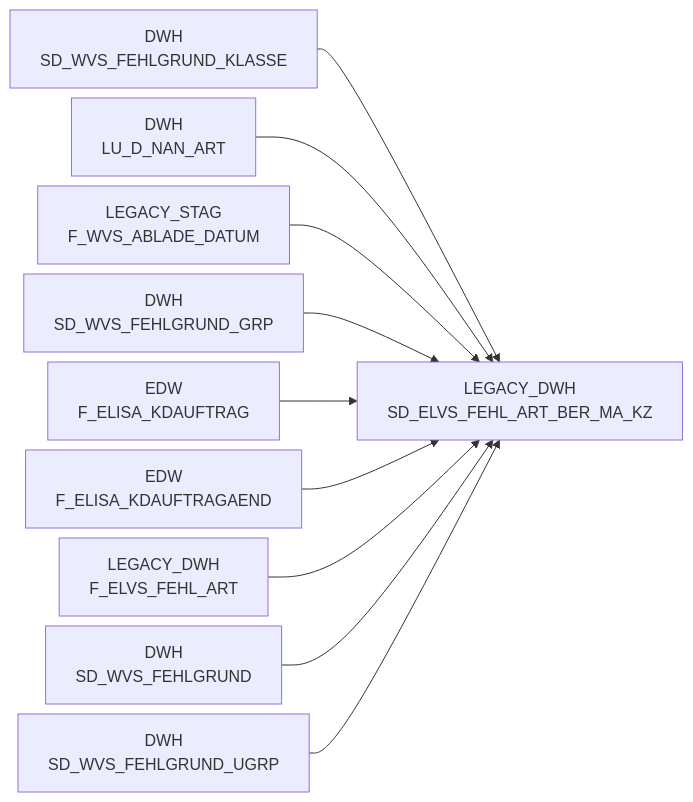
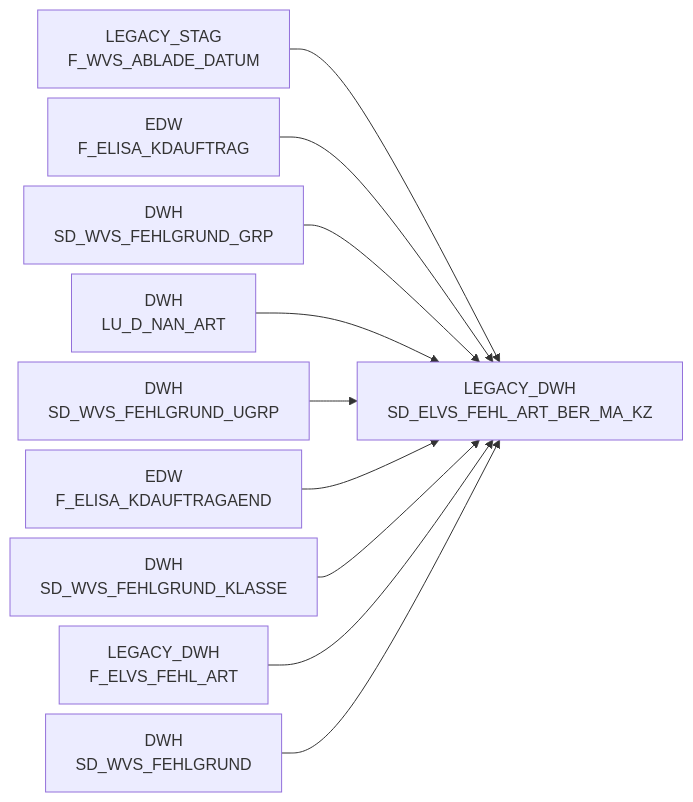
Before and after one commit to integration-factory-de/sas_code_docs: the diagram in docs/Tables/LEGACY_DWH/SD_ELVS_FEHL_ART_BER_MA_KZ.md, drawn with Mermaid. The commit also changed other lines of this file and 129 other files, not shown here.

````diff
--- a/docs/Tables/LEGACY_DWH/SD_ELVS_FEHL_ART_BER_MA_KZ.md
+++ b/docs/Tables/LEGACY_DWH/SD_ELVS_FEHL_ART_BER_MA_KZ.md
@@ -9,33 +9,33 @@
 ```mermaid
 %%{init: {'flowchart': { 'nodeSpacing': 10, 'rankSpacing': 40, 'rankdir': 'TB' }}}%%
 
 flowchart LR
 
+  LEGACY_STAG.F_WVS_ABLADE_DATUM["LEGACY_STAG<br/>F_WVS_ABLADE_DATUM"] --> LEGACY_DWH.SD_ELVS_FEHL_ART_BER_MA_KZ["LEGACY_DWH<br/>SD_ELVS_FEHL_ART_BER_MA_KZ"]
+  EDW.F_ELISA_KDAUFTRAG["EDW<br/>F_ELISA_KDAUFTRAG"] --> LEGACY_DWH.SD_ELVS_FEHL_ART_BER_MA_KZ["LEGACY_DWH<br/>SD_ELVS_FEHL_ART_BER_MA_KZ"]
+  DWH.SD_WVS_FEHLGRUND_GRP["DWH<br/>SD_WVS_FEHLGRUND_GRP"] --> LEGACY_DWH.SD_ELVS_FEHL_ART_BER_MA_KZ["LEGACY_DWH<br/>SD_ELVS_FEHL_ART_BER_MA_KZ"]
+  DWH.LU_D_NAN_ART["DWH<br/>LU_D_NAN_ART"] --> LEGACY_DWH.SD_ELVS_FEHL_ART_BER_MA_KZ["LEGACY_DWH<br/>SD_ELVS_FEHL_ART_BER_MA_KZ"]
+  DWH.SD_WVS_FEHLGRUND_UGRP["DWH<br/>SD_WVS_FEHLGRUND_UGRP"] --> LEGACY_DWH.SD_ELVS_FEHL_ART_BER_MA_KZ["LEGACY_DWH<br/>SD_ELVS_FEHL_ART_BER_MA_KZ"]
+  EDW.F_ELISA_KDAUFTRAGAEND["EDW<br/>F_ELISA_KDAUFTRAGAEND"] --> LEGACY_DWH.SD_ELVS_FEHL_ART_BER_MA_KZ["LEGACY_DWH<br/>SD_ELVS_FEHL_ART_BER_MA_KZ"]
   DWH.SD_WVS_FEHLGRUND_KLASSE["DWH<br/>SD_WVS_FEHLGRUND_KLASSE"] --> LEGACY_DWH.SD_ELVS_FEHL_ART_BER_MA_KZ["LEGACY_DWH<br/>SD_ELVS_FEHL_ART_BER_MA_KZ"]
-  DWH.LU_D_NAN_ART["DWH<br/>LU_D_NAN_ART"] --> LEGACY_DWH.SD_ELVS_FEHL_ART_BER_MA_KZ["LEGACY_DWH<br/>SD_ELVS_FEHL_ART_BER_MA_KZ"]
-  LEGACY_STAG.F_WVS_ABLADE_DATUM["LEGACY_STAG<br/>F_WVS_ABLADE_DATUM"] --> LEGACY_DWH.SD_ELVS_FEHL_ART_BER_MA_KZ["LEGACY_DWH<br/>SD_ELVS_FEHL_ART_BER_MA_KZ"]
-  DWH.SD_WVS_FEHLGRUND_GRP["DWH<br/>SD_WVS_FEHLGRUND_GRP"] --> LEGACY_DWH.SD_ELVS_FEHL_ART_BER_MA_KZ["LEGACY_DWH<br/>SD_ELVS_FEHL_ART_BER_MA_KZ"]
-  EDW.F_ELISA_KDAUFTRAG["EDW<br/>F_ELISA_KDAUFTRAG"] --> LEGACY_DWH.SD_ELVS_FEHL_ART_BER_MA_KZ["LEGACY_DWH<br/>SD_ELVS_FEHL_ART_BER_MA_KZ"]
-  EDW.F_ELISA_KDAUFTRAGAEND["EDW<br/>F_ELISA_KDAUFTRAGAEND"] --> LEGACY_DWH.SD_ELVS_FEHL_ART_BER_MA_KZ["LEGACY_DWH<br/>SD_ELVS_FEHL_ART_BER_MA_KZ"]
   LEGACY_DWH.F_ELVS_FEHL_ART["LEGACY_DWH<br/>F_ELVS_FEHL_ART"] --> LEGACY_DWH.SD_ELVS_FEHL_ART_BER_MA_KZ["LEGACY_DWH<br/>SD_ELVS_FEHL_ART_BER_MA_KZ"]
   DWH.SD_WVS_FEHLGRUND["DWH<br/>SD_WVS_FEHLGRUND"] --> LEGACY_DWH.SD_ELVS_FEHL_ART_BER_MA_KZ["LEGACY_DWH<br/>SD_ELVS_FEHL_ART_BER_MA_KZ"]
-  DWH.SD_WVS_FEHLGRUND_UGRP["DWH<br/>SD_WVS_FEHLGRUND_UGRP"] --> LEGACY_DWH.SD_ELVS_FEHL_ART_BER_MA_KZ["LEGACY_DWH<br/>SD_ELVS_FEHL_ART_BER_MA_KZ"]
+  click LEGACY_STAG.F_WVS_ABLADE_DATUM "../../tables/LEGACY_STAG/F_WVS_ABLADE_DATUM"
+  click EDW.F_ELISA_KDAUFTRAG "../../tables/EDW/F_ELISA_KDAUFTRAG"
+  click DWH.SD_WVS_FEHLGRUND_GRP "../../tables/DWH/SD_WVS_FEHLGRUND_GRP"
+  click DWH.LU_D_NAN_ART "../../tables/DWH/LU_D_NAN_ART"
+  click DWH.SD_WVS_FEHLGRUND_UGRP "../../tables/DWH/SD_WVS_FEHLGRUND_UGRP"
+  click EDW.F_ELISA_KDAUFTRAGAEND "../../tables/EDW/F_ELISA_KDAUFTRAGAEND"
   click DWH.SD_WVS_FEHLGRUND_KLASSE "../../tables/DWH/SD_WVS_FEHLGRUND_KLASSE"
-  click DWH.LU_D_NAN_ART "../../tables/DWH/LU_D_NAN_ART"
-  click LEGACY_STAG.F_WVS_ABLADE_DATUM "../../tables/LEGACY_STAG/F_WVS_ABLADE_DATUM"
-  click DWH.SD_WVS_FEHLGRUND_GRP "../../tables/DWH/SD_WVS_FEHLGRUND_GRP"
-  click EDW.F_ELISA_KDAUFTRAG "../../tables/EDW/F_ELISA_KDAUFTRAG"
-  click EDW.F_ELISA_KDAUFTRAGAEND "../../tables/EDW/F_ELISA_KDAUFTRAGAEND"
   click LEGACY_DWH.F_ELVS_FEHL_ART "../../tables/LEGACY_DWH/F_ELVS_FEHL_ART"
   click DWH.SD_WVS_FEHLGRUND "../../tables/DWH/SD_WVS_FEHLGRUND"
-  click DWH.SD_WVS_FEHLGRUND_UGRP "../../tables/DWH/SD_WVS_FEHLGRUND_UGRP"
   click LEGACY_DWH.SD_ELVS_FEHL_ART_BER_MA_KZ "../../tables/LEGACY_DWH/SD_ELVS_FEHL_ART_BER_MA_KZ"
   click LEGACY_DWH.SD_ELVS_FEHL_ART_BER_MA_KZ "../../tables/LEGACY_DWH/SD_ELVS_FEHL_ART_BER_MA_KZ"
   click LEGACY_DWH.SD_ELVS_FEHL_ART_BER_MA_KZ "../../tables/LEGACY_DWH/SD_ELVS_FEHL_ART_BER_MA_KZ"
   click LEGACY_DWH.SD_ELVS_FEHL_ART_BER_MA_KZ "../../tables/LEGACY_DWH/SD_ELVS_FEHL_ART_BER_MA_KZ"
   click LEGACY_DWH.SD_ELVS_FEHL_ART_BER_MA_KZ "../../tables/LEGACY_DWH/SD_ELVS_FEHL_ART_BER_MA_KZ"
   click LEGACY_DWH.SD_ELVS_FEHL_ART_BER_MA_KZ "../../tables/LEGACY_DWH/SD_ELVS_FEHL_ART_BER_MA_KZ"
   click LEGACY_DWH.SD_ELVS_FEHL_ART_BER_MA_KZ "../../tables/LEGACY_DWH/SD_ELVS_FEHL_ART_BER_MA_KZ"
   click LEGACY_DWH.SD_ELVS_FEHL_ART_BER_MA_KZ "../../tables/LEGACY_DWH/SD_ELVS_FEHL_ART_BER_MA_KZ"
   click LEGACY_DWH.SD_ELVS_FEHL_ART_BER_MA_KZ "../../tables/LEGACY_DWH/SD_ELVS_FEHL_ART_BER_MA_KZ"
 ```
````
